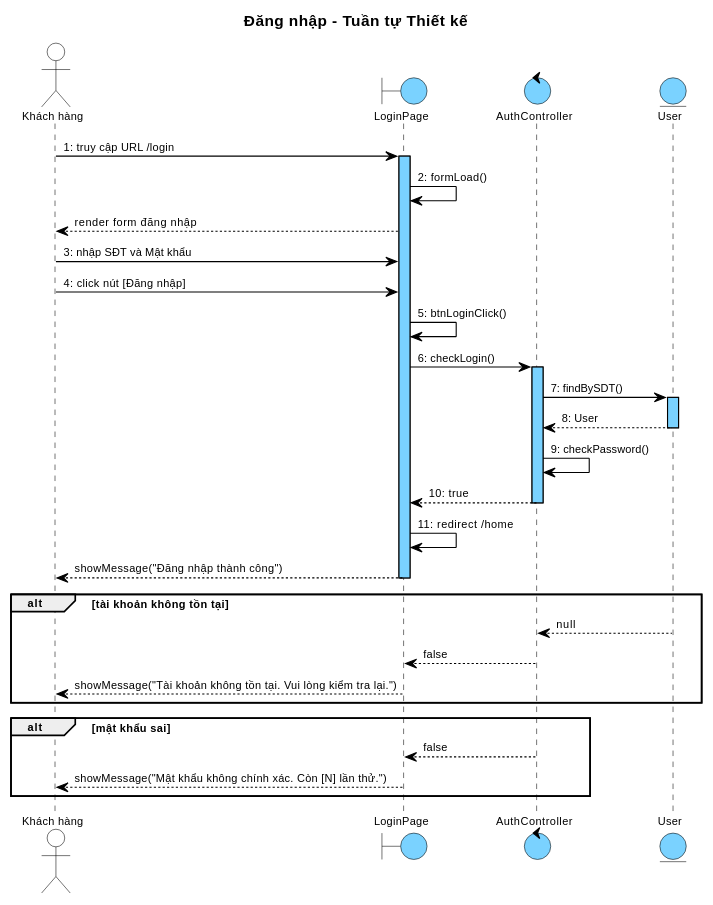
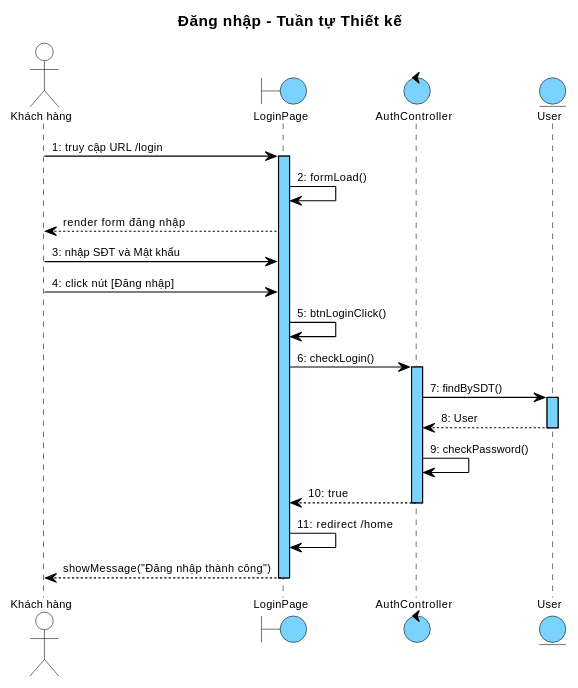
Before and after one commit to thanhtrnnn/cnpm: the second of 6 diagrams in docs/tabs/section-account-iii.md, drawn with PlantUML. The commit also changed other lines of this file and 2 other files, not shown here.

First line of the commit message:
fix: remove exceptions from sequences, reformat headings 1→1.1→1.1.1, update wireframes to match class attributes

````diff
--- a/docs/tabs/section-account-iii.md
+++ b/docs/tabs/section-account-iii.md
@@ -531,16 +533,5 @@
 B1 -> B1 : 11: redirect /home
 B1 --> KH : showMessage("Đăng nhập thành công")
 deactivate B1
-
-alt tài khoản không tồn tại
-  E1 --> C1 : null
-  C1 --> B1 : false
-  B1 --> KH : showMessage("Tài khoản không tồn tại. Vui lòng kiểm tra lại.")
-end
-
-alt mật khẩu sai
-  C1 --> B1 : false
-  B1 --> KH : showMessage("Mật khẩu không chính xác. Còn [N] lần thử.")
-end
 @enduml
 ```
````
